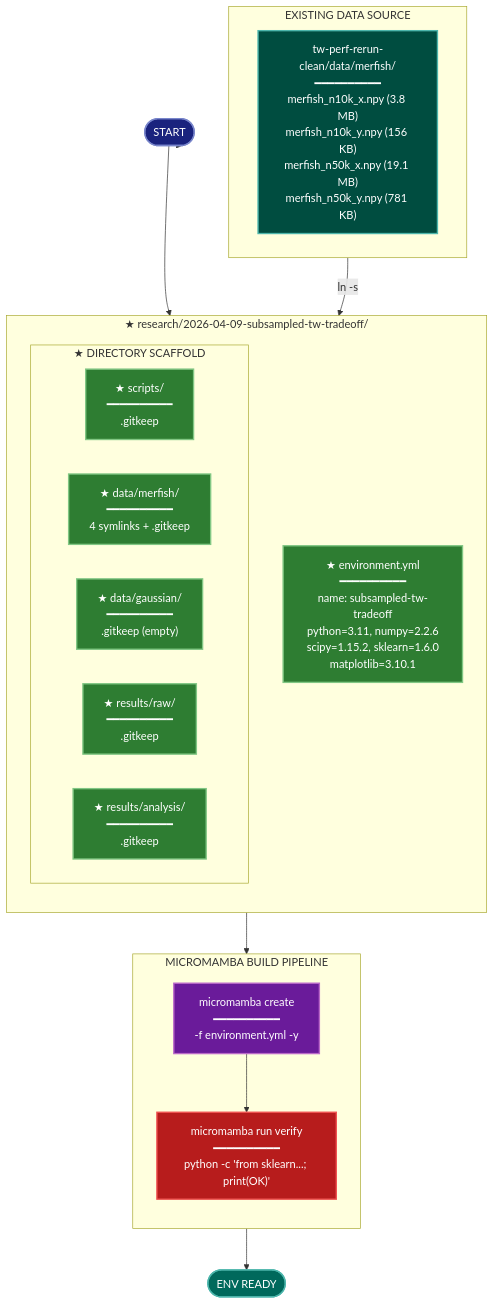
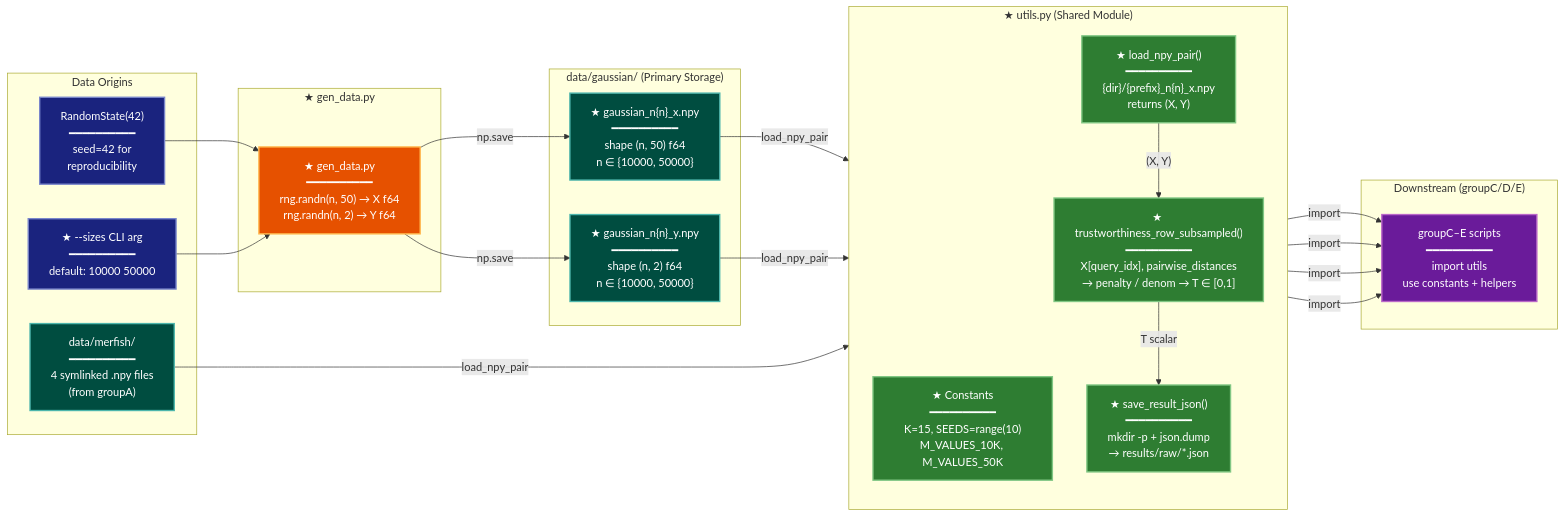
Before and after one commit to TalonT-Org/spectral-init: the diagram in research/2026-04-09-subsampled-tw-tradeoff/experiment-plan.md, drawn with Mermaid. The commit also changed other lines of this file, not shown here.

Commit message:
groupB: add experiment plan to research folder

````diff
--- a/research/2026-04-09-subsampled-tw-tradeoff/experiment-plan.md
+++ b/research/2026-04-09-subsampled-tw-tradeoff/experiment-plan.md
@@ -11,56 +11,60 @@
 ```mermaid
 %%{init: {'flowchart': {'nodeSpacing': 50, 'rankSpacing': 60, 'curve': 'basis'}}}%%
-flowchart TB
+flowchart LR
     classDef cli fill:#1a237e,stroke:#7986cb,stroke-width:2px,color:#fff;
     classDef stateNode fill:#004d40,stroke:#4db6ac,stroke-width:2px,color:#fff;
     classDef handler fill:#e65100,stroke:#ffb74d,stroke-width:2px,color:#fff;
     classDef phase fill:#6a1b9a,stroke:#ba68c8,stroke-width:2px,color:#fff;
     classDef newComponent fill:#2e7d32,stroke:#81c784,stroke-width:2px,color:#fff;
     classDef output fill:#00695c,stroke:#4db6ac,stroke-width:2px,color:#fff;
     classDef detector fill:#b71c1c,stroke:#ef5350,stroke-width:2px,color:#fff;
     classDef terminal fill:#1a237e,stroke:#7986cb,stroke-width:2px,color:#fff;
 
-    START([START])
-
-    subgraph ExistingData ["EXISTING DATA SOURCE"]
-        direction LR
-        SRC_MERFISH["tw-perf-rerun-clean/data/merfish/<br/>━━━━━━━━━━<br/>merfish_n10k_x.npy (3.8 MB)<br/>merfish_n10k_y.npy (156 KB)<br/>merfish_n50k_x.npy (19.1 MB)<br/>merfish_n50k_y.npy (781 KB)"]
+    subgraph Origins ["Data Origins"]
+        SEED["RandomState(42)<br/>━━━━━━━━━━<br/>seed=42 for<br/>reproducibility"]
+        SIZES["★ --sizes CLI arg<br/>━━━━━━━━━━<br/>default: 10000 50000"]
+        MERFISH["data/merfish/<br/>━━━━━━━━━━<br/>4 symlinked .npy files<br/>(from groupA)"]
     end
 
-    subgraph NewExperiment ["★ research/2026-04-09-subsampled-tw-tradeoff/"]
-        direction TB
-        ENV["★ environment.yml<br/>━━━━━━━━━━<br/>name: subsampled-tw-tradeoff<br/>python=3.11, numpy=2.2.6<br/>scipy=1.15.2, sklearn=1.6.0<br/>matplotlib=3.10.1"]
-
-        subgraph NewDirs ["★ DIRECTORY SCAFFOLD"]
-            direction LR
-            D_SCRIPTS["★ scripts/<br/>━━━━━━━━━━<br/>.gitkeep"]
-            D_MERFISH["★ data/merfish/<br/>━━━━━━━━━━<br/>4 symlinks + .gitkeep"]
-            D_GAUSSIAN["★ data/gaussian/<br/>━━━━━━━━━━<br/>.gitkeep (empty)"]
-            D_RAW["★ results/raw/<br/>━━━━━━━━━━<br/>.gitkeep"]
-            D_ANALYSIS["★ results/analysis/<br/>━━━━━━━━━━<br/>.gitkeep"]
-        end
+    subgraph GenStage ["★ gen_data.py"]
+        GEN["★ gen_data.py<br/>━━━━━━━━━━<br/>rng.randn(n, 50) → X f64<br/>rng.randn(n, 2)  → Y f64"]
     end
 
-    subgraph BuildPipeline ["MICROMAMBA BUILD PIPELINE"]
-        direction TB
-        CREATE["micromamba create<br/>━━━━━━━━━━<br/>-f environment.yml -y"]
-        VERIFY["micromamba run verify<br/>━━━━━━━━━━<br/>python -c 'from sklearn...; print(OK)'"]
+    subgraph GaussianStore ["data/gaussian/ (Primary Storage)"]
+        GX["★ gaussian_n{n}_x.npy<br/>━━━━━━━━━━<br/>shape (n, 50) f64<br/>n ∈ {10000, 50000}"]
+        GY["★ gaussian_n{n}_y.npy<br/>━━━━━━━━━━<br/>shape (n, 2) f64<br/>n ∈ {10000, 50000}"]
     end
 
-    OK(["ENV READY"])
+    subgraph Utils ["★ utils.py (Shared Module)"]
+        direction TB
+        CONSTS["★ Constants<br/>━━━━━━━━━━<br/>K=15, SEEDS=range(10)<br/>M_VALUES_10K, M_VALUES_50K"]
+        LOAD["★ load_npy_pair()<br/>━━━━━━━━━━<br/>{dir}/{prefix}_n{n}_x.npy<br/>returns (X, Y)"]
+        TW["★ trustworthiness_row_subsampled()<br/>━━━━━━━━━━<br/>X[query_idx], pairwise_distances<br/>→ penalty / denom → T ∈ [0,1]"]
+        SAVE["★ save_result_json()<br/>━━━━━━━━━━<br/>mkdir -p + json.dump<br/>→ results/raw/*.json"]
+    end
 
-    START --> ENV
-    START --> NewDirs
-    SRC_MERFISH -->|"ln -s"| D_MERFISH
-    ENV --> CREATE
-    CREATE --> VERIFY
-    VERIFY --> OK
+    subgraph DownstreamConsumers ["Downstream (groupC/D/E)"]
+        SCRIPTS["groupC–E scripts<br/>━━━━━━━━━━<br/>import utils<br/>use constants + helpers"]
+    end
 
-    class SRC_MERFISH stateNode;
-    class ENV newComponent;
-    class D_SCRIPTS,D_MERFISH,D_GAUSSIAN,D_RAW,D_ANALYSIS newComponent;
-    class CREATE phase;
-    class VERIFY detector;
-    class OK output;
-    class START terminal;
+    SEED --> GEN
+    SIZES --> GEN
+    GEN -->|"np.save"| GX
+    GEN -->|"np.save"| GY
+    GX -->|"load_npy_pair"| LOAD
+    GY -->|"load_npy_pair"| LOAD
+    MERFISH -->|"load_npy_pair"| LOAD
+    LOAD -->|"(X, Y)"| TW
+    TW -->|"T scalar"| SAVE
+    CONSTS -->|"import"| SCRIPTS
+    LOAD -->|"import"| SCRIPTS
+    TW -->|"import"| SCRIPTS
+    SAVE -->|"import"| SCRIPTS
+
+    class SEED,SIZES cli;
+    class MERFISH stateNode;
+    class GEN handler;
+    class GX,GY stateNode;
+    class CONSTS,LOAD,TW,SAVE newComponent;
+    class SCRIPTS phase;
 ```
````
